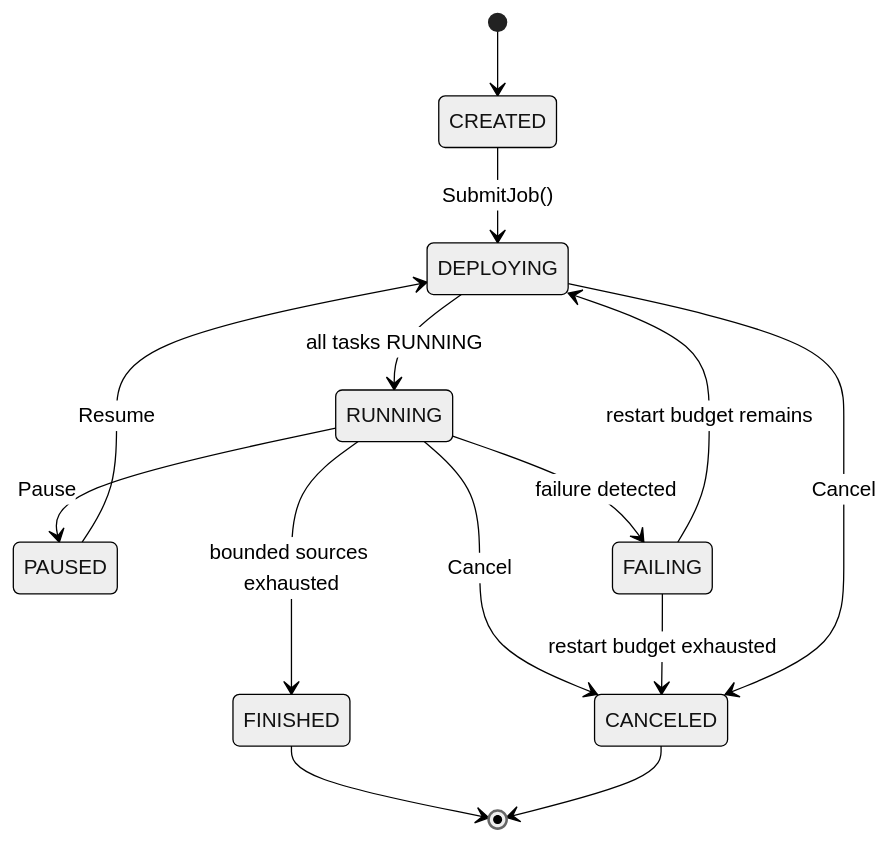
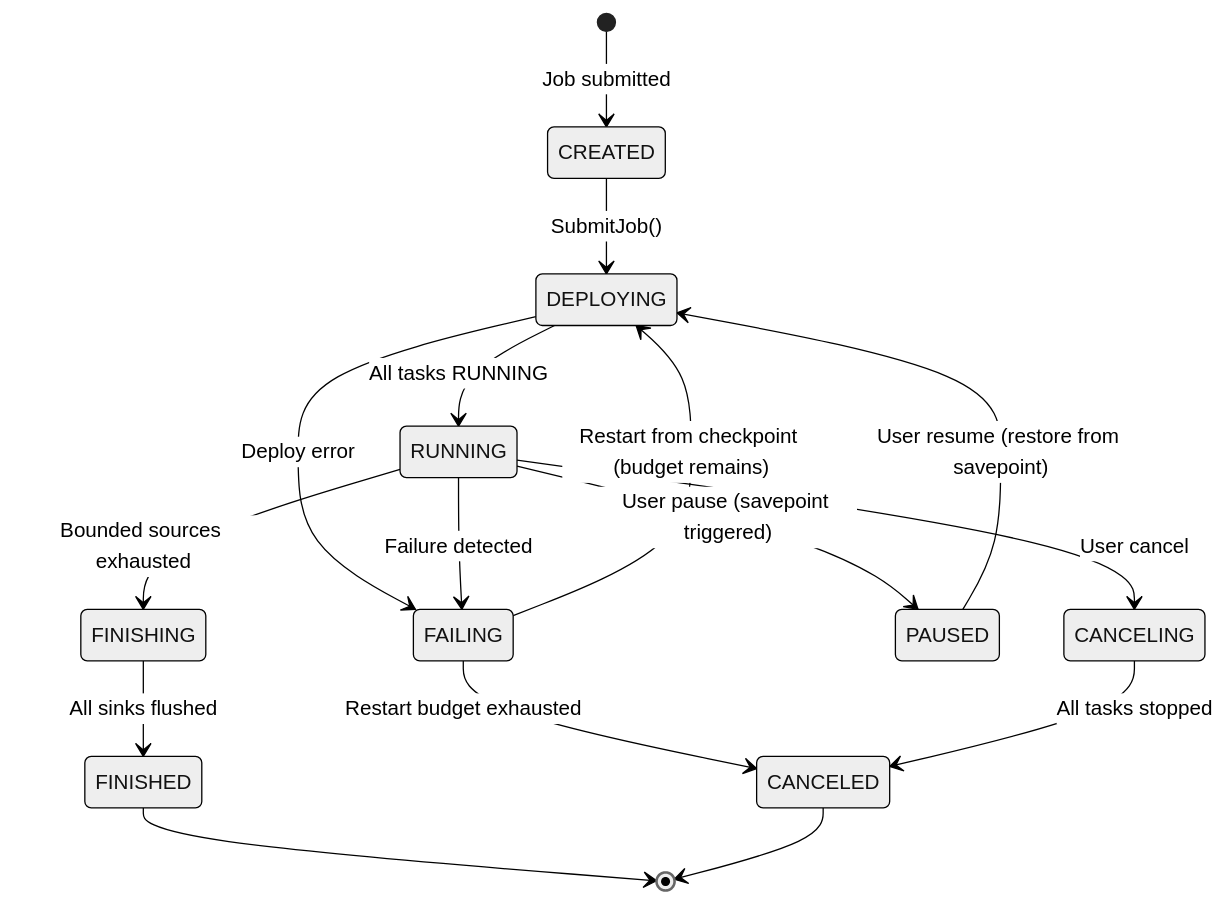
The diagram in docs/trds/WIP-15/README.md (tarungka/wire), drawn with Mermaid (neutral theme) before and after one commit. The commit also changed other lines of this file and 200 other files, not shown here.

First line of the commit message:
feat: rewrite the entire architecture and the codebase (#148)

````diff
--- a/docs/trds/WIP-15/README.md
+++ b/docs/trds/WIP-15/README.md
@@ -91,17 +93,26 @@
 ```mermaid
 stateDiagram-v2
-    [*] --> CREATED
+    [*] --> CREATED : Job submitted
+
     CREATED --> DEPLOYING : SubmitJob()
-    DEPLOYING --> RUNNING : all tasks RUNNING
-    RUNNING --> PAUSED : Pause
-    RUNNING --> FAILING : failure detected
-    RUNNING --> FINISHED : bounded sources exhausted
-    RUNNING --> CANCELED : Cancel
-    PAUSED --> DEPLOYING : Resume
-    FAILING --> DEPLOYING : restart budget remains
-    FAILING --> CANCELED : restart budget exhausted
-    DEPLOYING --> CANCELED : Cancel
+
+    DEPLOYING --> RUNNING : All tasks RUNNING
+    DEPLOYING --> FAILING : Deploy error
+
+    RUNNING --> FINISHING : Bounded sources exhausted
+    RUNNING --> PAUSED : User pause (savepoint triggered)
+    RUNNING --> FAILING : Failure detected
+    RUNNING --> CANCELING : User cancel
+
+    FINISHING --> FINISHED : All sinks flushed
+
+    PAUSED --> DEPLOYING : User resume (restore from savepoint)
+
+    FAILING --> DEPLOYING : Restart from checkpoint (budget remains)
+    FAILING --> CANCELED : Restart budget exhausted
+
+    CANCELING --> CANCELED : All tasks stopped
 
     FINISHED --> [*]
     CANCELED --> [*]
 ```
````
